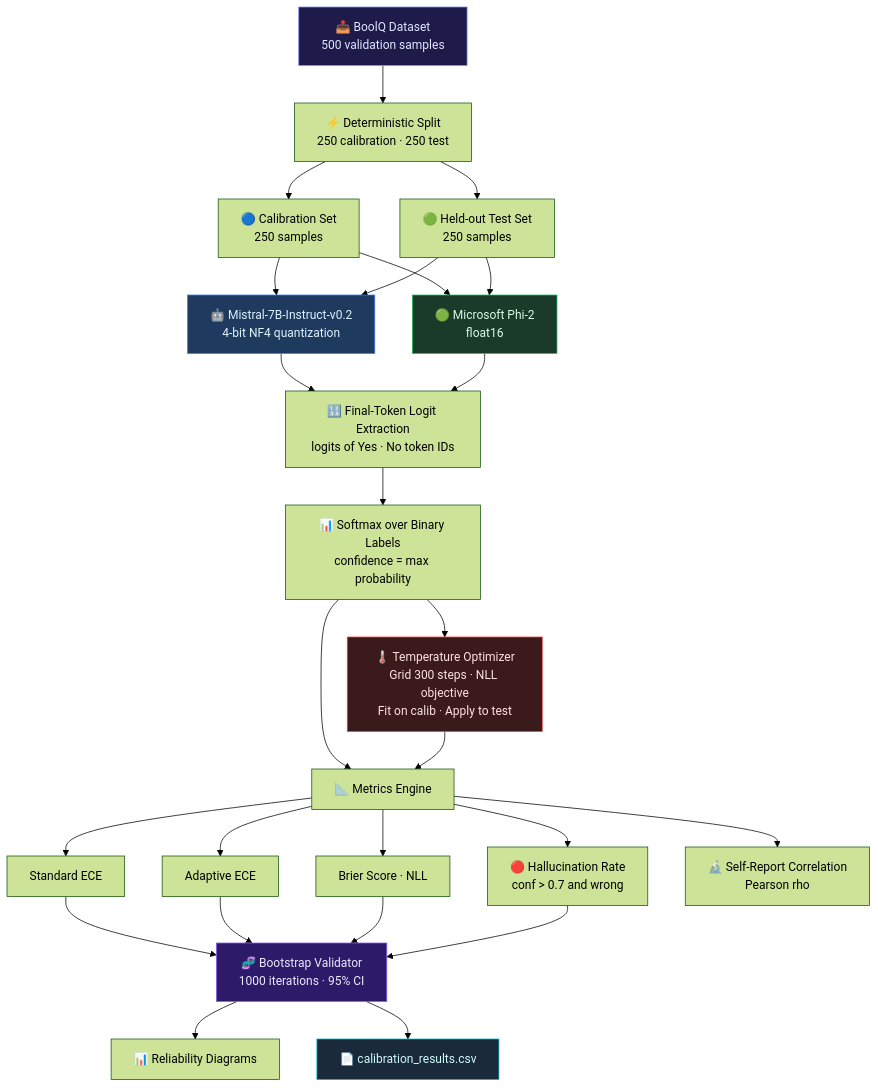
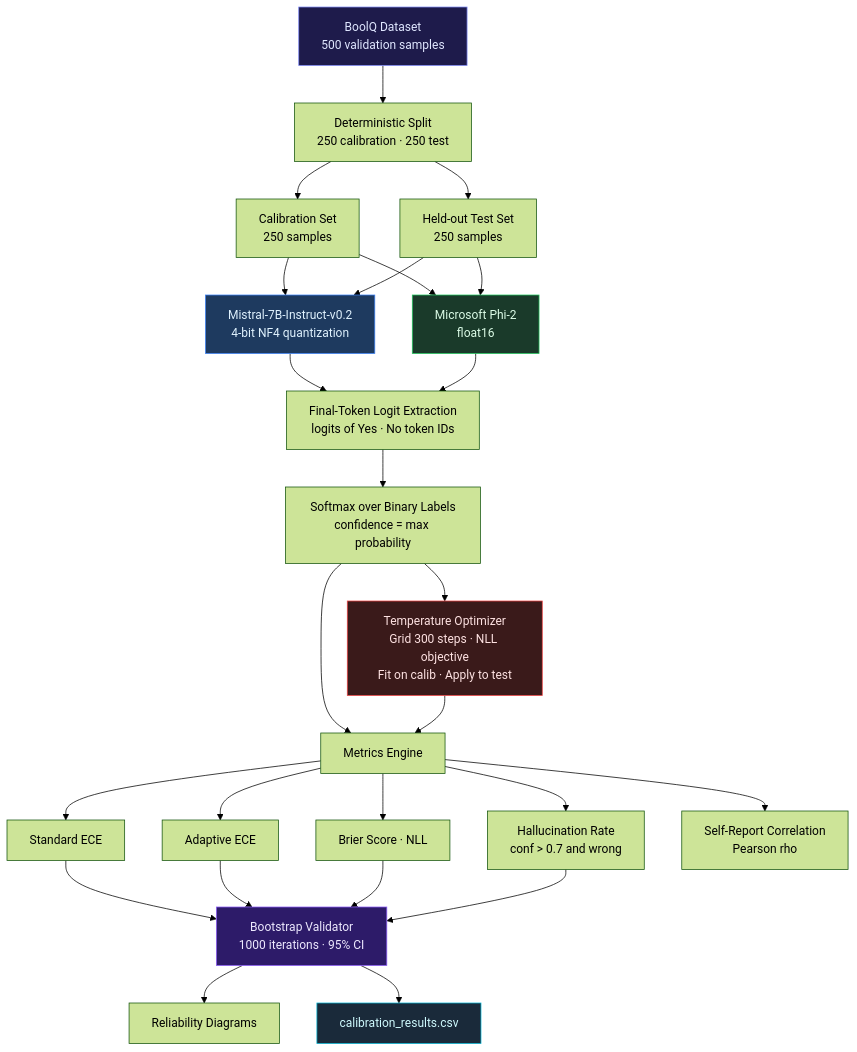
Before and after one commit to debasmita30/LLM-Confidence-Calibration-Overconfidence-Analysis: the first of 2 diagrams in README.md, drawn with Mermaid (forest theme). The commit also changed other lines of this file, not shown here.

````diff
--- a/README.md
+++ b/README.md
@@ -92,39 +85,39 @@
 ```mermaid
 flowchart TD
-    A[📥 BoolQ Dataset\n500 validation samples] --> B[⚡ Deterministic Split\n250 calibration · 250 test]
+    A[BoolQ Dataset\n500 validation samples] --> B[Deterministic Split\n250 calibration · 250 test]
 
-    B --> C[🔵 Calibration Set\n250 samples]
-    B --> D[🟢 Held-out Test Set\n250 samples]
+    B --> C[Calibration Set\n250 samples]
+    B --> D[Held-out Test Set\n250 samples]
 
-    C --> E1[🤖 Mistral-7B-Instruct-v0.2\n4-bit NF4 quantization]
+    C --> E1[Mistral-7B-Instruct-v0.2\n4-bit NF4 quantization]
     D --> E1
-    C --> E2[🟢 Microsoft Phi-2\nfloat16]
+    C --> E2[Microsoft Phi-2\nfloat16]
     D --> E2
 
-    E1 --> F[🔢 Final-Token Logit Extraction\nlogits of Yes · No token IDs]
+    E1 --> F[Final-Token Logit Extraction\nlogits of Yes · No token IDs]
     E2 --> F
 
-    F --> G[📊 Softmax over Binary Labels\nconfidence = max probability]
+    F --> G[Softmax over Binary Labels\nconfidence = max probability]
 
-    G --> I[🌡️ Temperature Optimizer\nGrid 300 steps · NLL objective\nFit on calib · Apply to test]
-    G --> K[📐 Metrics Engine]
+    G --> I[Temperature Optimizer\nGrid 300 steps · NLL objective\nFit on calib · Apply to test]
+    G --> K[Metrics Engine]
     I --> K
 
     K --> L[Standard ECE]
     K --> M[Adaptive ECE]
     K --> N[Brier Score · NLL]
-    K --> O[🔴 Hallucination Rate\nconf > 0.7 and wrong]
-    K --> P[🔬 Self-Report Correlation\nPearson rho]
+    K --> O[Hallucination Rate\nconf > 0.7 and wrong]
+    K --> P[Self-Report Correlation\nPearson rho]
 
-    L & M & N & O --> Q[🧬 Bootstrap Validator\n1000 iterations · 95% CI]
+    L & M & N & O --> Q[Bootstrap Validator\n1000 iterations · 95% CI]
 
-    Q --> R[📊 Reliability Diagrams]
-    Q --> S[📄 calibration_results.csv]
+    Q --> R[Reliability Diagrams]
+    Q --> S[calibration_results.csv]
 
     style A fill:#1e1b4b,stroke:#818cf8,color:#e0e7ff
     style E1 fill:#1e3a5f,stroke:#3b82f6,color:#e0f2fe
     style E2 fill:#1a3a2a,stroke:#22c55e,color:#dcfce7
     style I fill:#3a1a1a,stroke:#ef4444,color:#fee2e2
     style Q fill:#2d1b69,stroke:#8b5cf6,color:#ede9fe
     style S fill:#1a2a3a,stroke:#06b6d4,color:#cffafe
 ```
````
